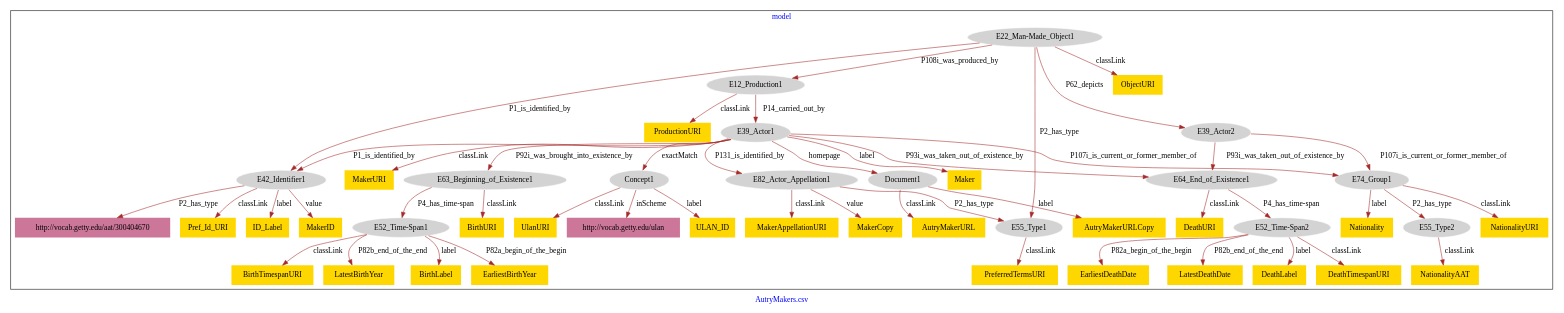
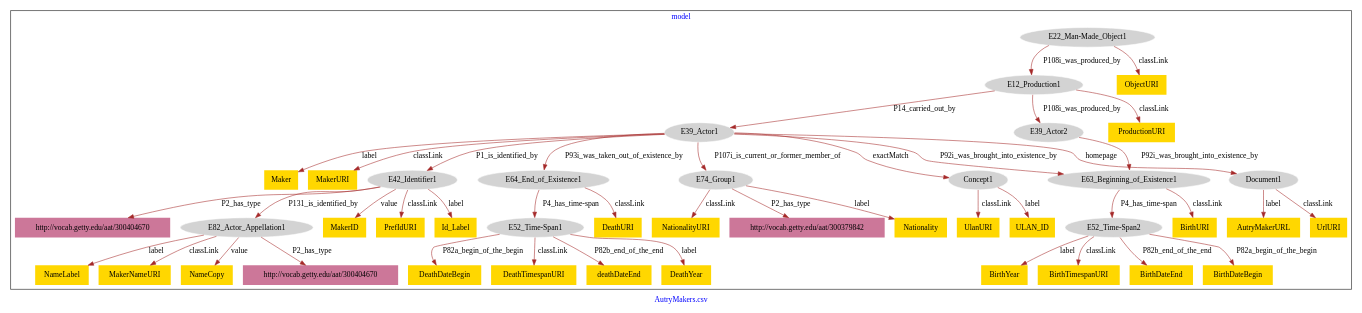
One commit to american-art/autry changed the diagram in AutryMakers/AutryMakers-model.dot. Above: the diagram before and after it, drawn with Graphviz.

Commit message:
Update file AutryMakers-model.dot

```diff
--- a/AutryMakers/AutryMakers-model.dot
+++ b/AutryMakers/AutryMakers-model.dot
@@ -1,99 +1,92 @@
 digraph n0 {
 fontcolor="blue"
 remincross="true"
 label="AutryMakers.csv"
 subgraph cluster {
 label="model"
 n2[style="filled",color="white",fillcolor="lightgray",label="E12_Production1"];
 n3[style="filled",color="white",fillcolor="lightgray",label="E39_Actor1"];
-n4[style="filled",color="white",fillcolor="lightgray",label="E22_Man-Made_Object1"];
-n5[style="filled",color="white",fillcolor="lightgray",label="E39_Actor2"];
+n4[style="filled",color="white",fillcolor="lightgray",label="E39_Actor2"];
+n5[style="filled",color="white",fillcolor="lightgray",label="E22_Man-Made_Object1"];
 n6[style="filled",color="white",fillcolor="lightgray",label="E42_Identifier1"];
-n7[style="filled",color="white",fillcolor="lightgray",label="E55_Type1"];
-n8[style="filled",color="white",fillcolor="lightgray",label="E63_Beginning_of_Existence1"];
-n9[style="filled",color="white",fillcolor="lightgray",label="E64_End_of_Existence1"];
-n10[style="filled",color="white",fillcolor="lightgray",label="E74_Group1"];
-n11[style="filled",color="white",fillcolor="lightgray",label="E82_Actor_Appellation1"];
-n12[style="filled",color="white",fillcolor="lightgray",label="Concept1"];
-n13[style="filled",color="white",fillcolor="lightgray",label="Document1"];
+n7[style="filled",color="white",fillcolor="lightgray",label="E64_End_of_Existence1"];
+n8[style="filled",color="white",fillcolor="lightgray",label="E74_Group1"];
+n9[style="filled",color="white",fillcolor="lightgray",label="Concept1"];
+n10[style="filled",color="white",fillcolor="lightgray",label="Document1"];
+n11[style="filled",color="white",fillcolor="lightgray",label="E63_Beginning_of_Existence1"];
+n12[style="filled",color="white",fillcolor="lightgray",label="E82_Actor_Appellation1"];
+n13[style="filled",color="white",fillcolor="lightgray",label="E52_Time-Span2"];
 n14[style="filled",color="white",fillcolor="lightgray",label="E52_Time-Span1"];
-n15[style="filled",color="white",fillcolor="lightgray",label="E52_Time-Span2"];
-n16[style="filled",color="white",fillcolor="lightgray",label="E55_Type2"];
-n17[shape="plaintext",style="filled",fillcolor="gold",label="MakerCopy"];
-n18[shape="plaintext",style="filled",fillcolor="gold",label="BirthTimespanURI"];
-n19[shape="plaintext",style="filled",fillcolor="gold",label="NationalityAAT"];
-n20[shape="plaintext",style="filled",fillcolor="gold",label="Maker"];
-n21[shape="plaintext",style="filled",fillcolor="gold",label="DeathURI"];
-n22[shape="plaintext",style="filled",fillcolor="gold",label="AutryMakerURL"];
-n23[shape="plaintext",style="filled",fillcolor="gold",label="ULAN_ID"];
-n24[shape="plaintext",style="filled",fillcolor="gold",label="Nationality"];
-n25[shape="plaintext",style="filled",fillcolor="gold",label="LatestDeathDate"];
-n26[shape="plaintext",style="filled",fillcolor="gold",label="ObjectURI"];
-n27[shape="plaintext",style="filled",fillcolor="gold",label="LatestBirthYear"];
-n28[shape="plaintext",style="filled",fillcolor="gold",label="BirthLabel"];
-n29[shape="plaintext",style="filled",fillcolor="gold",label="DeathLabel"];
-n30[shape="plaintext",style="filled",fillcolor="gold",label="Pref_Id_URI"];
-n31[shape="plaintext",style="filled",fillcolor="gold",label="AutryMakerURLCopy"];
-n32[shape="plaintext",style="filled",fillcolor="gold",label="DeathTimespanURI"];
-n33[shape="plaintext",style="filled",fillcolor="gold",label="BirthURI"];
-n34[shape="plaintext",style="filled",fillcolor="gold",label="ID_Label"];
-n35[shape="plaintext",style="filled",fillcolor="gold",label="EarliestBirthYear"];
+n15[shape="plaintext",style="filled",fillcolor="gold",label="Maker"];
+n16[shape="plaintext",style="filled",fillcolor="gold",label="Nationality"];
+n17[shape="plaintext",style="filled",fillcolor="gold",label="UlanURI"];
+n18[shape="plaintext",style="filled",fillcolor="gold",label="BirthYear"];
+n19[shape="plaintext",style="filled",fillcolor="gold",label="AutryMakerURL"];
+n20[shape="plaintext",style="filled",fillcolor="gold",label="BirthURI"];
+n21[shape="plaintext",style="filled",fillcolor="gold",label="ULAN_ID"];
+n22[shape="plaintext",style="filled",fillcolor="gold",label="MakerID"];
+n23[shape="plaintext",style="filled",fillcolor="gold",label="DeathDateBegin"];
+n24[shape="plaintext",style="filled",fillcolor="gold",label="BirthTimespanURI"];
+n25[shape="plaintext",style="filled",fillcolor="gold",label="NationalityURI"];
+n26[shape="plaintext",style="filled",fillcolor="gold",label="DeathTimespanURI"];
+n27[shape="plaintext",style="filled",fillcolor="gold",label="UrlURI"];
+n28[shape="plaintext",style="filled",fillcolor="gold",label="NameLabel"];
+n29[shape="plaintext",style="filled",fillcolor="gold",label="deathDateEnd"];
+n30[shape="plaintext",style="filled",fillcolor="gold",label="MakerURI"];
+n31[shape="plaintext",style="filled",fillcolor="gold",label="PrefIdURI"];
+n32[shape="plaintext",style="filled",fillcolor="gold",label="MakerNameURI"];
+n33[shape="plaintext",style="filled",fillcolor="gold",label="DeathURI"];
+n34[shape="plaintext",style="filled",fillcolor="gold",label="BirthDateEnd"];
+n35[shape="plaintext",style="filled",fillcolor="gold",label="Id_Label"];
 n36[shape="plaintext",style="filled",fillcolor="gold",label="ProductionURI"];
-n37[shape="plaintext",style="filled",fillcolor="gold",label="MakerAppellationURI"];
-n38[shape="plaintext",style="filled",fillcolor="gold",label="PreferredTermsURI"];
-n39[shape="plaintext",style="filled",fillcolor="gold",label="EarliestDeathDate"];
-n40[shape="plaintext",style="filled",fillcolor="gold",label="UlanURI"];
-n41[shape="plaintext",style="filled",fillcolor="gold",label="MakerID"];
-n42[shape="plaintext",style="filled",fillcolor="gold",label="MakerURI"];
-n43[shape="plaintext",style="filled",fillcolor="gold",label="NationalityURI"];
-n44[shape="plaintext",style="filled",fillcolor="#CC7799",label="http://vocab.getty.edu/aat/300404670"];
-n45[shape="plaintext",style="filled",fillcolor="#CC7799",label="http://vocab.getty.edu/ulan"];
+n37[shape="plaintext",style="filled",fillcolor="gold",label="ObjectURI"];
+n38[shape="plaintext",style="filled",fillcolor="gold",label="DeathYear"];
+n39[shape="plaintext",style="filled",fillcolor="gold",label="BirthDateBegin"];
+n40[shape="plaintext",style="filled",fillcolor="gold",label="NameCopy"];
+n41[shape="plaintext",style="filled",fillcolor="#CC7799",label="http://vocab.getty.edu/aat/300404670"];
+n42[shape="plaintext",style="filled",fillcolor="#CC7799",label="http://vocab.getty.edu/aat/300379842"];
+n43[shape="plaintext",style="filled",fillcolor="#CC7799",label="http://vocab.getty.edu/aat/300404670"];
 }
 n2 -> n3[color="brown",fontcolor="black",label="P14_carried_out_by"]
-n4 -> n2[color="brown",fontcolor="black",label="P108i_was_produced_by"]
-n4 -> n5[color="brown",fontcolor="black",label="P62_depicts"]
-n4 -> n6[color="brown",fontcolor="black",label="P1_is_identified_by"]
-n4 -> n7[color="brown",fontcolor="black",label="P2_has_type"]
-n3 -> n8[color="brown",fontcolor="black",label="P92i_was_brought_into_existence_by"]
-n3 -> n9[color="brown",fontcolor="black",label="P93i_was_taken_out_of_existence_by"]
-n3 -> n10[color="brown",fontcolor="black",label="P107i_is_current_or_former_member_of"]
-n3 -> n11[color="brown",fontcolor="black",label="P131_is_identified_by"]
-n3 -> n12[color="brown",fontcolor="black",label="exactMatch"]
-n3 -> n13[color="brown",fontcolor="black",label="homepage"]
-n8 -> n14[color="brown",fontcolor="black",label="P4_has_time-span"]
-n9 -> n15[color="brown",fontcolor="black",label="P4_has_time-span"]
-n10 -> n16[color="brown",fontcolor="black",label="P2_has_type"]
-n11 -> n17[color="brown",fontcolor="black",label="value"]
-n14 -> n18[color="brown",fontcolor="black",label="classLink"]
-n16 -> n19[color="brown",fontcolor="black",label="classLink"]
-n3 -> n20[color="brown",fontcolor="black",label="label"]
-n9 -> n21[color="brown",fontcolor="black",label="classLink"]
-n13 -> n22[color="brown",fontcolor="black",label="classLink"]
-n12 -> n23[color="brown",fontcolor="black",label="label"]
-n10 -> n24[color="brown",fontcolor="black",label="label"]
-n15 -> n25[color="brown",fontcolor="black",label="P82b_end_of_the_end"]
-n4 -> n26[color="brown",fontcolor="black",label="classLink"]
-n14 -> n27[color="brown",fontcolor="black",label="P82b_end_of_the_end"]
-n14 -> n28[color="brown",fontcolor="black",label="label"]
-n15 -> n29[color="brown",fontcolor="black",label="label"]
-n6 -> n30[color="brown",fontcolor="black",label="classLink"]
-n13 -> n31[color="brown",fontcolor="black",label="label"]
-n15 -> n32[color="brown",fontcolor="black",label="classLink"]
-n8 -> n33[color="brown",fontcolor="black",label="classLink"]
-n6 -> n34[color="brown",fontcolor="black",label="label"]
-n14 -> n35[color="brown",fontcolor="black",label="P82a_begin_of_the_begin"]
+n2 -> n4[color="brown",fontcolor="black",label="P108i_was_produced_by"]
+n5 -> n2[color="brown",fontcolor="black",label="P108i_was_produced_by"]
+n3 -> n6[color="brown",fontcolor="black",label="P1_is_identified_by"]
+n3 -> n7[color="brown",fontcolor="black",label="P93i_was_taken_out_of_existence_by"]
+n3 -> n8[color="brown",fontcolor="black",label="P107i_is_current_or_former_member_of"]
+n3 -> n9[color="brown",fontcolor="black",label="exactMatch"]
+n3 -> n10[color="brown",fontcolor="black",label="homepage"]
+n4 -> n11[color="brown",fontcolor="black",label="P92i_was_brought_into_existence_by"]
+n6 -> n12[color="brown",fontcolor="black",label="P131_is_identified_by"]
+n11 -> n13[color="brown",fontcolor="black",label="P4_has_time-span"]
+n7 -> n14[color="brown",fontcolor="black",label="P4_has_time-span"]
+n3 -> n15[color="brown",fontcolor="black",label="label"]
+n8 -> n16[color="brown",fontcolor="black",label="label"]
+n9 -> n17[color="brown",fontcolor="black",label="classLink"]
+n13 -> n18[color="brown",fontcolor="black",label="label"]
+n10 -> n19[color="brown",fontcolor="black",label="label"]
+n11 -> n20[color="brown",fontcolor="black",label="classLink"]
+n9 -> n21[color="brown",fontcolor="black",label="label"]
+n6 -> n22[color="brown",fontcolor="black",label="value"]
+n14 -> n23[color="brown",fontcolor="black",label="P82a_begin_of_the_begin"]
+n13 -> n24[color="brown",fontcolor="black",label="classLink"]
+n8 -> n25[color="brown",fontcolor="black",label="classLink"]
+n14 -> n26[color="brown",fontcolor="black",label="classLink"]
+n10 -> n27[color="brown",fontcolor="black",label="classLink"]
+n12 -> n28[color="brown",fontcolor="black",label="label"]
+n14 -> n29[color="brown",fontcolor="black",label="P82b_end_of_the_end"]
+n3 -> n30[color="brown",fontcolor="black",label="classLink"]
+n6 -> n31[color="brown",fontcolor="black",label="classLink"]
+n12 -> n32[color="brown",fontcolor="black",label="classLink"]
+n7 -> n33[color="brown",fontcolor="black",label="classLink"]
+n13 -> n34[color="brown",fontcolor="black",label="P82b_end_of_the_end"]
+n6 -> n35[color="brown",fontcolor="black",label="label"]
 n2 -> n36[color="brown",fontcolor="black",label="classLink"]
-n11 -> n37[color="brown",fontcolor="black",label="classLink"]
-n7 -> n38[color="brown",fontcolor="black",label="classLink"]
-n15 -> n39[color="brown",fontcolor="black",label="P82a_begin_of_the_begin"]
-n12 -> n40[color="brown",fontcolor="black",label="classLink"]
-n6 -> n41[color="brown",fontcolor="black",label="value"]
-n3 -> n42[color="brown",fontcolor="black",label="classLink"]
-n10 -> n43[color="brown",fontcolor="black",label="classLink"]
-n5 -> n9[color="brown",fontcolor="black",label="P93i_was_taken_out_of_existence_by"]
-n6 -> n44[color="brown",fontcolor="black",label="P2_has_type"]
-n3 -> n6[color="brown",fontcolor="black",label="P1_is_identified_by"]
-n5 -> n10[color="brown",fontcolor="black",label="P107i_is_current_or_former_member_of"]
-n11 -> n7[color="brown",fontcolor="black",label="P2_has_type"]
-n12 -> n45[color="brown",fontcolor="black",label="inScheme"]
+n5 -> n37[color="brown",fontcolor="black",label="classLink"]
+n14 -> n38[color="brown",fontcolor="black",label="label"]
+n13 -> n39[color="brown",fontcolor="black",label="P82a_begin_of_the_begin"]
+n12 -> n40[color="brown",fontcolor="black",label="value"]
+n6 -> n41[color="brown",fontcolor="black",label="P2_has_type"]
+n8 -> n42[color="brown",fontcolor="black",label="P2_has_type"]
+n12 -> n43[color="brown",fontcolor="black",label="P2_has_type"]
+n3 -> n11[color="brown",fontcolor="black",label="P92i_was_brought_into_existence_by"]
 }
```
